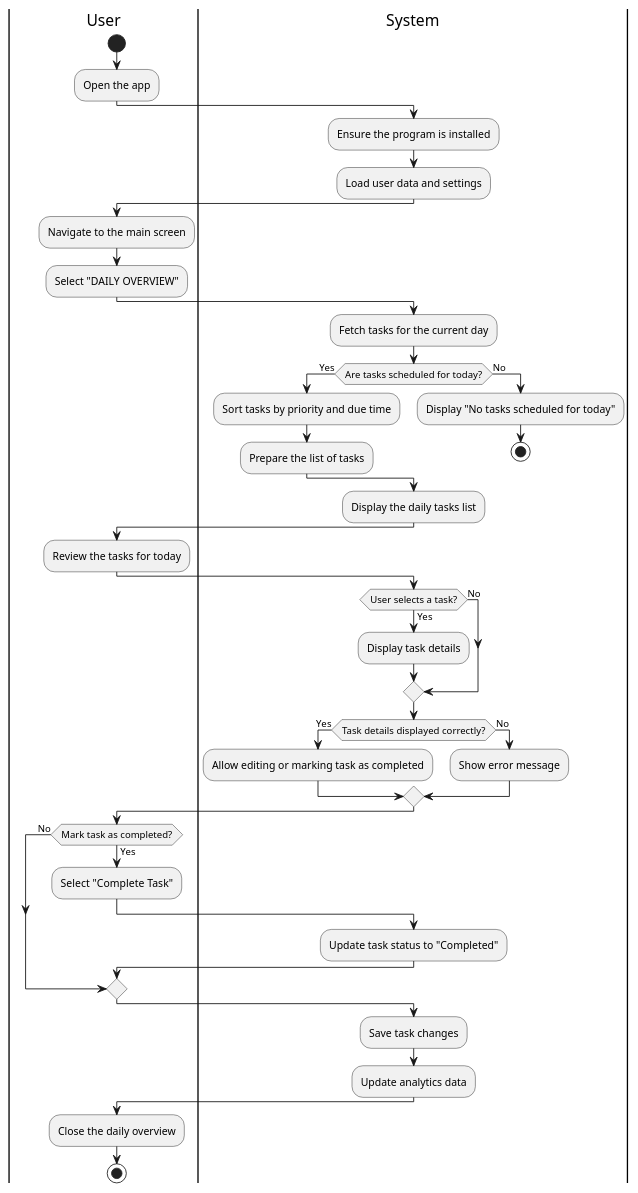
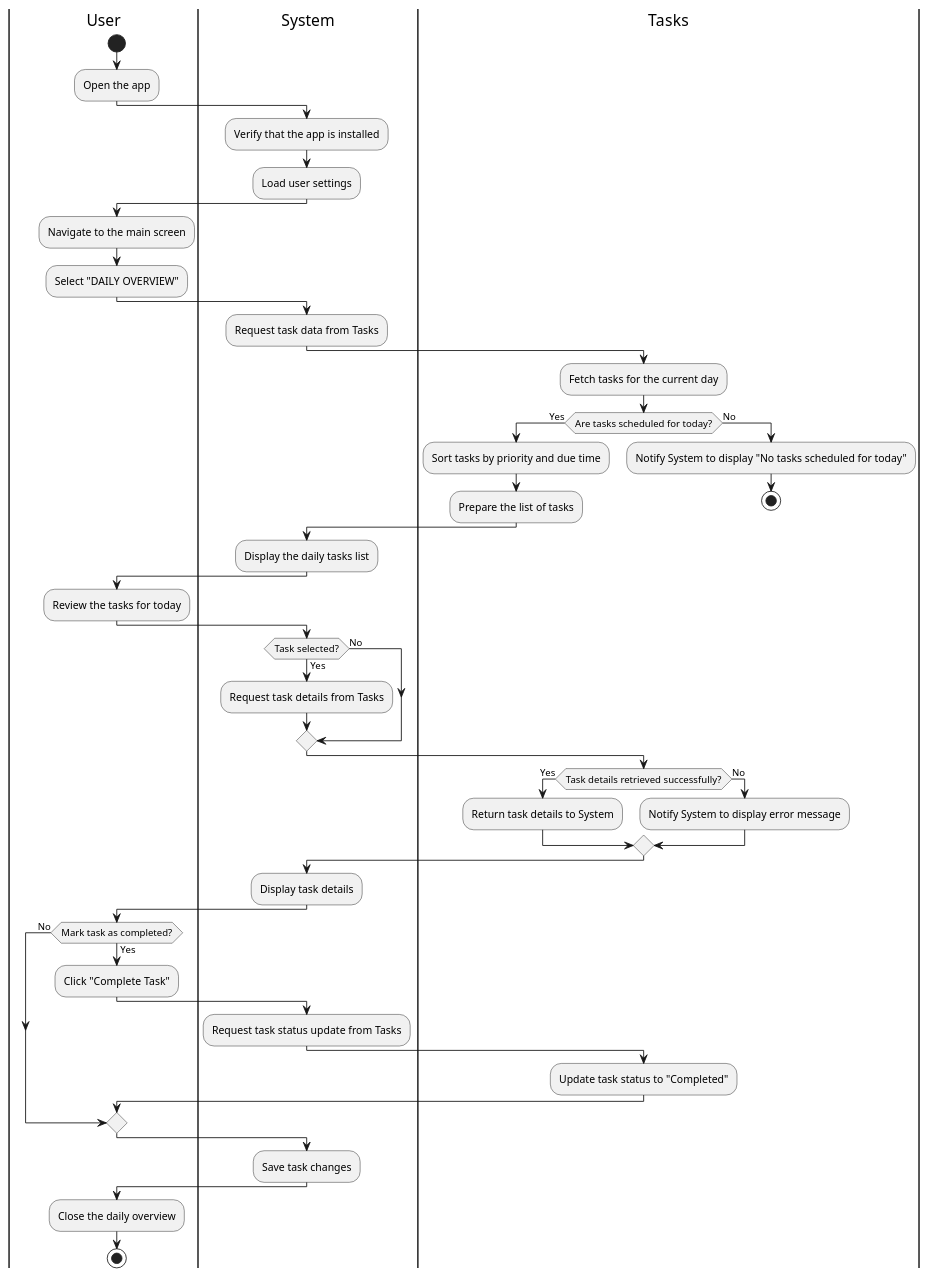
Before and after one commit to CS361-2024Fall-Term/Innovators: the diagram in assignment7/daily-overview.puml, drawn with PlantUML. The commit also changed 1 other file, not shown here.

Commit message:
diagrams updates

```diff
--- a/assignment7/daily-overview.puml
+++ b/assignment7/daily-overview.puml
@@ -1,57 +1,68 @@
 @startuml Daily_Overview
 |User|
 start
 :Open the app;
 
 |System|
-:Ensure the program is installed;
-:Load user data and settings;
+:Verify that the app is installed;
+:Load user settings;
 
 |User|
 :Navigate to the main screen;
 :Select "DAILY OVERVIEW";
 
 |System|
+:Request task data from Tasks;
+
+|Tasks|
 :Fetch tasks for the current day;
 if (Are tasks scheduled for today?) then (Yes)
   :Sort tasks by priority and due time;
   :Prepare the list of tasks;
 else (No)
-  :Display "No tasks scheduled for today";
+  :Notify System to display "No tasks scheduled for today";
   stop
 endif
 
+|System|
 :Display the daily tasks list;
 
 |User|
 :Review the tasks for today;
 
 |System|
-if (User selects a task?) then (Yes)
-  :Display task details;
+if (Task selected?) then (Yes)
+  :Request task details from Tasks;
 else (No)
 endif
 
-if (Task details displayed correctly?) then (Yes)
-  :Allow editing or marking task as completed;
+|Tasks|
+if (Task details retrieved successfully?) then (Yes)
+  :Return task details to System;
 else (No)
-  :Show error message;
+  :Notify System to display error message;
 endif
+
+|System|
+:Display task details;
 
 |User|
 if (Mark task as completed?) then (Yes)
-  :Select "Complete Task";
+  :Click "Complete Task";
+
   |System|
+  :Request task status update from Tasks;
+
+  |Tasks|
   :Update task status to "Completed";
 else (No)
 endif
 
 |System|
 :Save task changes;
-:Update analytics data;
 
 |User|
 :Close the daily overview;
 
 stop
 @enduml
```
